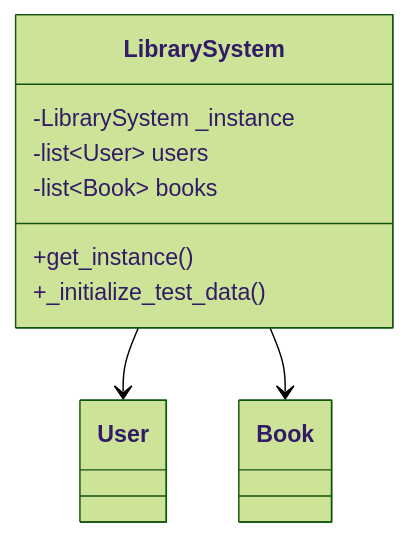
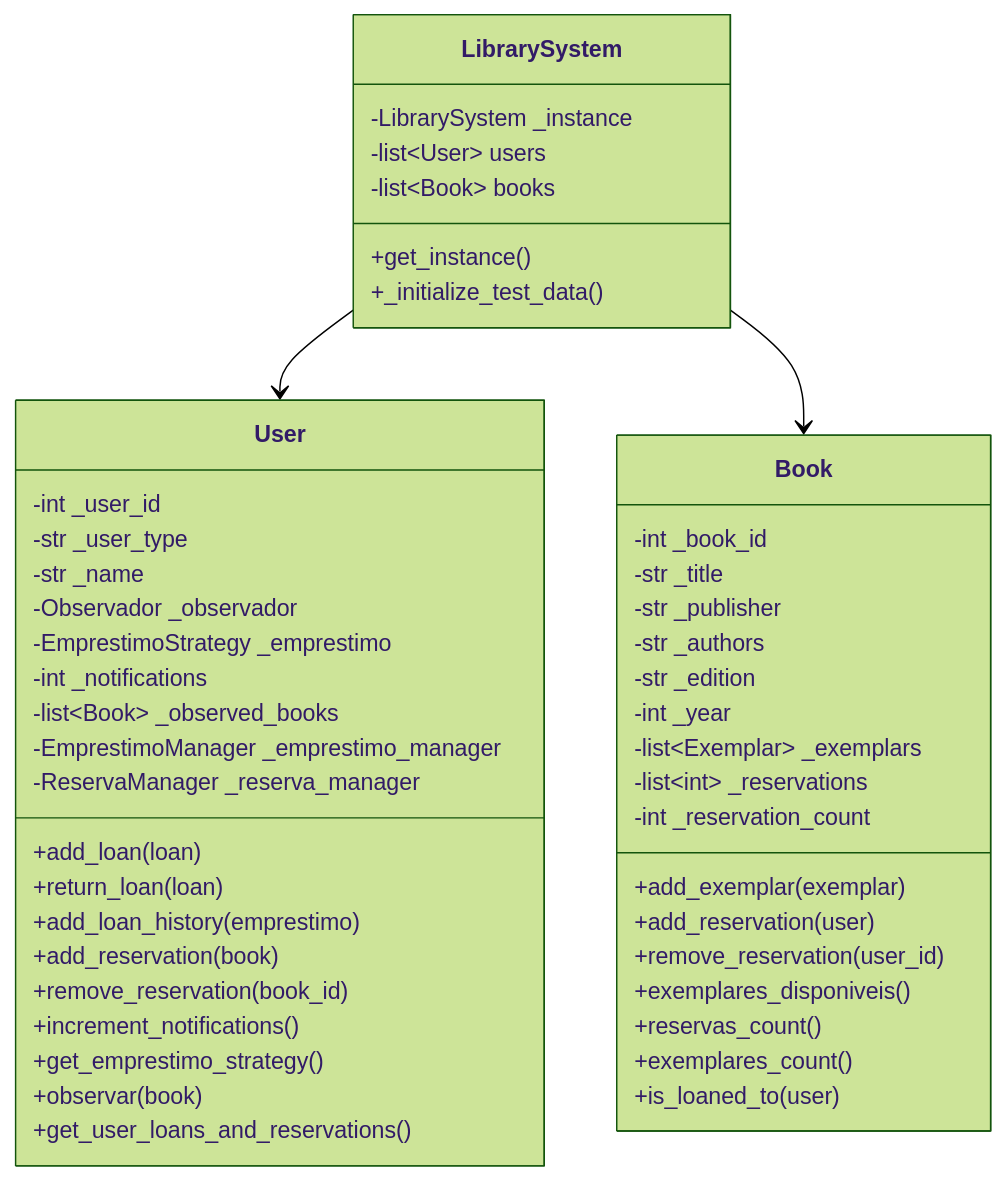
Before and after one commit to joaoBernardinoo/engsoft-trab: the second of 4 diagrams in README.md, drawn with Mermaid (forest theme). The commit also changed other lines of this file, not shown here.

Commit message:
pequena correção no diagrama

````diff
--- a/README.md
+++ b/README.md
@@ -89,12 +117,50 @@
 ```mermaid
 classDiagram
     class LibrarySystem {
         -LibrarySystem _instance
         -list~User~ users
         -list~Book~ books
         +get_instance()
         +_initialize_test_data()
     }
+    class User {
+        -int _user_id
+        -str _user_type
+        -str _name
+        -Observador _observador
+        -EmprestimoStrategy _emprestimo
+        -int _notifications
+        -list~Book~ _observed_books
+        -EmprestimoManager _emprestimo_manager
+        -ReservaManager _reserva_manager
+        +add_loan(loan)
+        +return_loan(loan)
+        +add_loan_history(emprestimo)
+        +add_reservation(book)
+        +remove_reservation(book_id)
+        +increment_notifications()
+        +get_emprestimo_strategy()
+        +observar(book)
+        +get_user_loans_and_reservations()
+    }
+    class Book {
+        -int _book_id
+        -str _title
+        -str _publisher
+        -str _authors
+        -str _edition
+        -int _year
+        -list~Exemplar~ _exemplars
+        -list~int~ _reservations
+        -int _reservation_count
+        +add_exemplar(exemplar)
+        +add_reservation(user)
+        +remove_reservation(user_id)
+        +exemplares_disponiveis()
+        +reservas_count()
+        +exemplares_count()
+        +is_loaned_to(user)
+    }
     LibrarySystem --> User
     LibrarySystem --> Book
 ```
````
